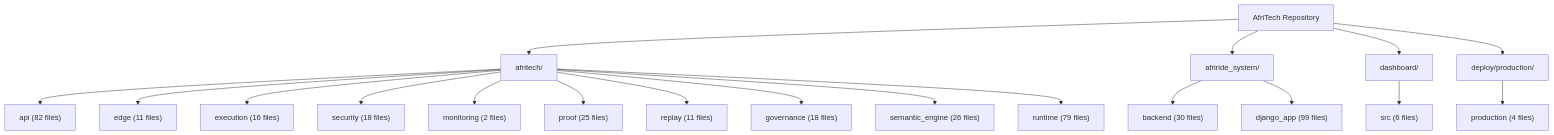
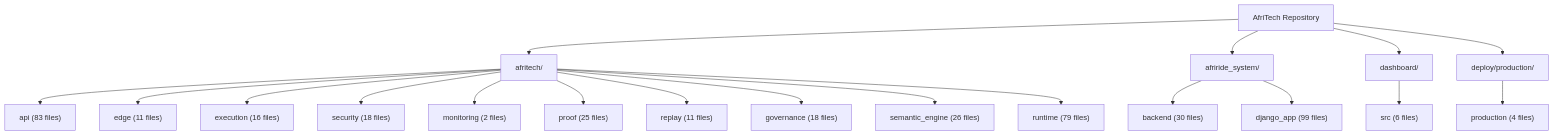
Before and after one commit to Strelly2023/afritelematics: the second of 2 diagrams in docs/architecture/AFRITECH_FULL_ARCHITECTURE_GRAPH.md, drawn with Mermaid. The commit also changed other lines of this file and 8 other files, not shown here.

````diff
--- a/docs/architecture/AFRITECH_FULL_ARCHITECTURE_GRAPH.md
+++ b/docs/architecture/AFRITECH_FULL_ARCHITECTURE_GRAPH.md
@@ -64,23 +64,23 @@
 ```mermaid
 flowchart TD
     Root["AfriTech Repository"] --> Core["afritech/"]
     Root --> Ride["afriride_system/"]
     Root --> Ui["dashboard/"]
     Root --> Deploy["deploy/production/"]
 
-    Core --> Api["api (82 files)"]
+    Core --> Api["api (83 files)"]
     Core --> Edge["edge (11 files)"]
     Core --> Execution["execution (16 files)"]
     Core --> Security["security (18 files)"]
     Core --> Monitoring["monitoring (2 files)"]
     Core --> Proof["proof (25 files)"]
     Core --> Replay["replay (11 files)"]
     Core --> Governance["governance (18 files)"]
     Core --> Semantic["semantic_engine (26 files)"]
     Core --> Runtime["runtime (79 files)"]
 
     Ride --> Backend["backend (30 files)"]
     Ride --> Django["django_app (99 files)"]
     Ui --> Dashboard["src (6 files)"]
     Deploy --> Production["production (4 files)"]
 ```
````
